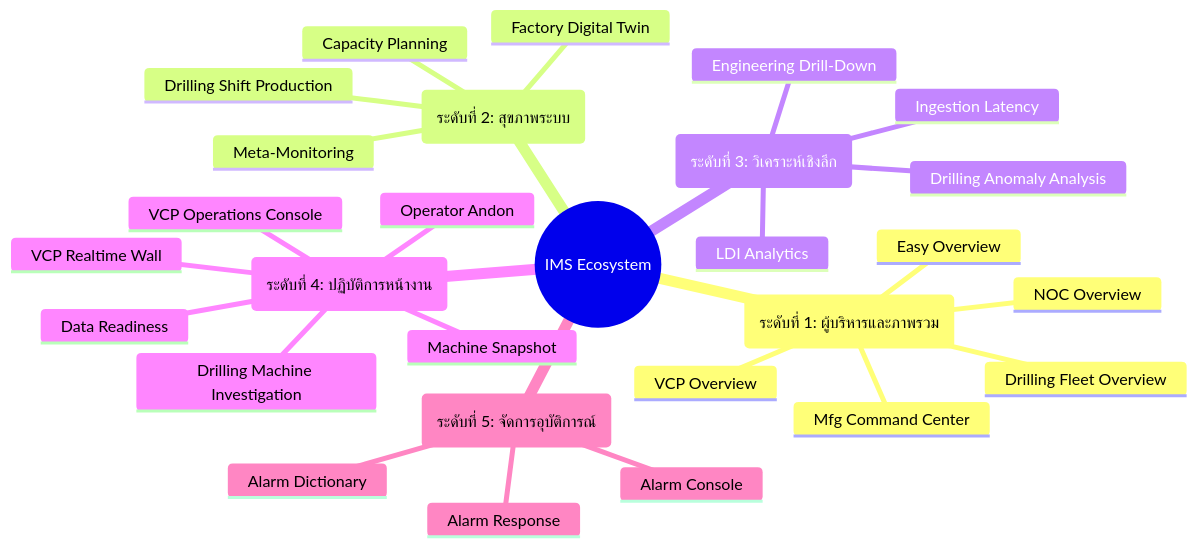
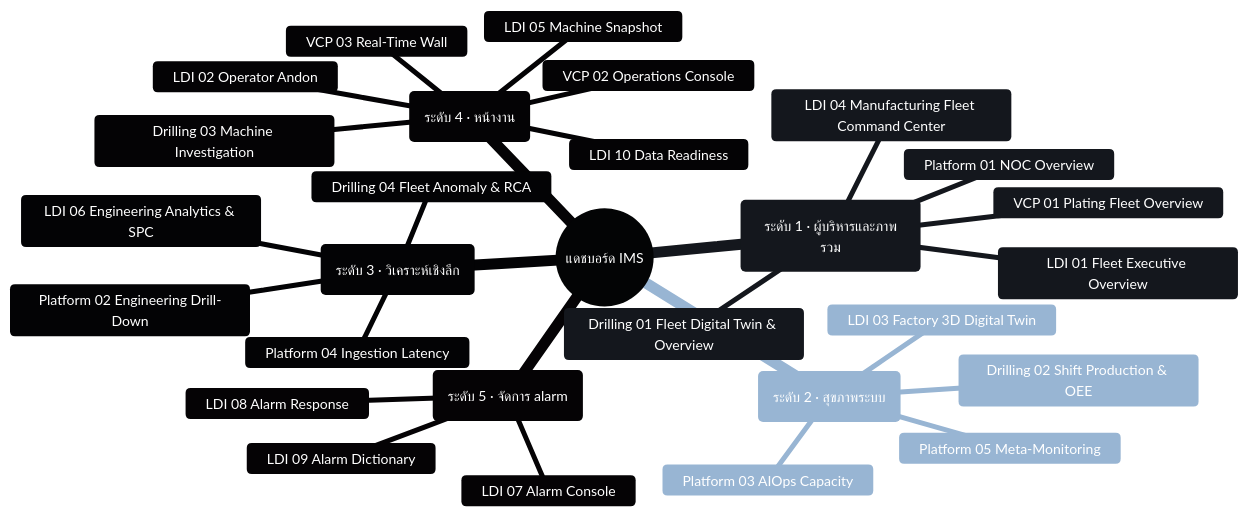
Before and after one commit to PATTANAKORN025/IMS: the diagram in th/docs/product/DASHBOARD_ECOSYSTEM.md, drawn with Mermaid. The commit also changed 84 other files, not shown here.

First line of the commit message:
docs(diagrams): one verified, accessible standard for every Mermaid diagram

````diff
--- a/th/docs/product/DASHBOARD_ECOSYSTEM.md
+++ b/th/docs/product/DASHBOARD_ECOSYSTEM.md
@@ -18,31 +18,32 @@
 ```mermaid
+%%{init: {"flowchart": {"nodeSpacing": 20, "rankSpacing": 32, "padding": 10, "wrappingWidth": 150, "curve": "basis"}, "sequence": {"wrap": true, "width": 170, "actorMargin": 36, "boxMargin": 8, "noteMargin": 8, "messageMargin": 30, "mirrorActors": false}, "state": {"padding": 6}, "theme": "base", "themeVariables": {"fontFamily": "Inter, Segoe UI, Helvetica, Arial, sans-serif", "fontSize": "14px", "primaryColor": "#334155", "primaryTextColor": "#ffffff", "primaryBorderColor": "#1e293b", "lineColor": "#64748b", "textColor": "#64748b", "secondaryColor": "#475569", "tertiaryColor": "#f1f5f9", "clusterBkg": "transparent", "clusterBorder": "#94a3b8", "titleColor": "#64748b", "edgeLabelBackground": "#475569", "nodeTextColor": "#ffffff", "noteBkgColor": "#fef3c7", "noteTextColor": "#1e293b", "noteBorderColor": "#d97706", "actorBkg": "#334155", "actorTextColor": "#ffffff", "actorBorder": "#1e293b", "actorLineColor": "#94a3b8", "signalColor": "#64748b", "signalTextColor": "#64748b", "labelBoxBkgColor": "#334155", "labelBoxBorderColor": "#1e293b", "labelTextColor": "#ffffff", "loopTextColor": "#64748b", "activationBkgColor": "#e2e8f0", "sequenceNumberColor": "#ffffff", "stateLabelColor": "#ffffff", "compositeBackground": "transparent", "transitionColor": "#64748b", "transitionLabelColor": "#64748b"}}}%%
 mindmap
-  root((IMS Ecosystem))
-    Macro(ระดับที่ 1: ผู้บริหารและภาพรวม)
-      Easy Overview
-      NOC Overview
-      Mfg Command Center
-      Drilling Fleet Overview
-      VCP Overview
-    Predictive(ระดับที่ 2: สุขภาพระบบ)
-      Factory Digital Twin
-      Capacity Planning
-      Meta-Monitoring
-      Drilling Shift Production
-    Engineering(ระดับที่ 3: วิเคราะห์เชิงลึก)
-      Engineering Drill-Down
-      LDI Analytics
-      Ingestion Latency
-      Drilling Anomaly Analysis
-    Tactical(ระดับที่ 4: ปฏิบัติการหน้างาน)
-      Machine Snapshot
-      Operator Andon
-      Data Readiness
-      Drilling Machine Investigation
-      VCP Realtime Wall
-      VCP Operations Console
-    Incident(ระดับที่ 5: จัดการอุบัติการณ์)
-      Alarm Console
-      Alarm Response
-      Alarm Dictionary
+  root((แดชบอร์ด IMS))
+    T1(ระดับ 1 · ผู้บริหารและภาพรวม)
+      LDI 01 Fleet Executive Overview
+      Platform 01 NOC Overview
+      LDI 04 Manufacturing Fleet Command Center
+      Drilling 01 Fleet Digital Twin & Overview
+      VCP 01 Plating Fleet Overview
+    T2(ระดับ 2 · สุขภาพระบบ)
+      LDI 03 Factory 3D Digital Twin
+      Platform 03 AIOps Capacity
+      Platform 05 Meta-Monitoring
+      Drilling 02 Shift Production & OEE
+    T3(ระดับ 3 · วิเคราะห์เชิงลึก)
+      Platform 02 Engineering Drill-Down
+      LDI 06 Engineering Analytics & SPC
+      Platform 04 Ingestion Latency
+      Drilling 04 Fleet Anomaly & RCA
+    T4(ระดับ 4 · หน้างาน)
+      LDI 05 Machine Snapshot
+      LDI 02 Operator Andon
+      LDI 10 Data Readiness
+      Drilling 03 Machine Investigation
+      VCP 03 Real-Time Wall
+      VCP 02 Operations Console
+    T5(ระดับ 5 · จัดการ alarm)
+      LDI 07 Alarm Console
+      LDI 08 Alarm Response
+      LDI 09 Alarm Dictionary
 ```
````
